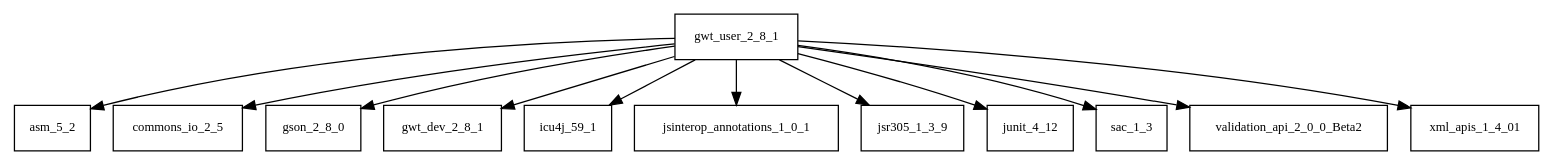
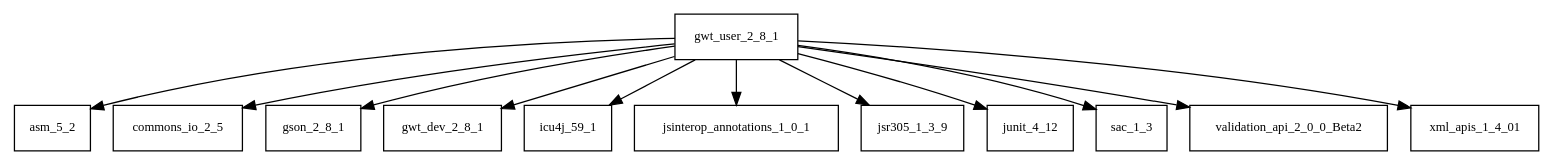
Before and after one commit to AglaianWoman/cia: the diagram in tattleTaleReport/graphviz/gwt-user-2.8.1.jar/gwt-user-2.8.1.jar.dot, drawn with Graphviz. The commit also changed 2173 other files, not shown here.

```diff
--- a/tattleTaleReport/graphviz/gwt-user-2.8.1.jar/gwt-user-2.8.1.jar.dot
+++ b/tattleTaleReport/graphviz/gwt-user-2.8.1.jar/gwt-user-2.8.1.jar.dot
@@ -1,14 +1,14 @@
 digraph gwt_user_2_8_1_dependencies {
   node [shape = box, fontsize=10.0];
   gwt_user_2_8_1 -> asm_5_2;
   gwt_user_2_8_1 -> commons_io_2_5;
-  gwt_user_2_8_1 -> gson_2_8_0;
+  gwt_user_2_8_1 -> gson_2_8_1;
   gwt_user_2_8_1 -> gwt_dev_2_8_1;
   gwt_user_2_8_1 -> icu4j_59_1;
   gwt_user_2_8_1 -> jsinterop_annotations_1_0_1;
   gwt_user_2_8_1 -> jsr305_1_3_9;
   gwt_user_2_8_1 -> junit_4_12;
   gwt_user_2_8_1 -> sac_1_3;
   gwt_user_2_8_1 -> validation_api_2_0_0_Beta2;
   gwt_user_2_8_1 -> xml_apis_1_4_01;
 }
```
